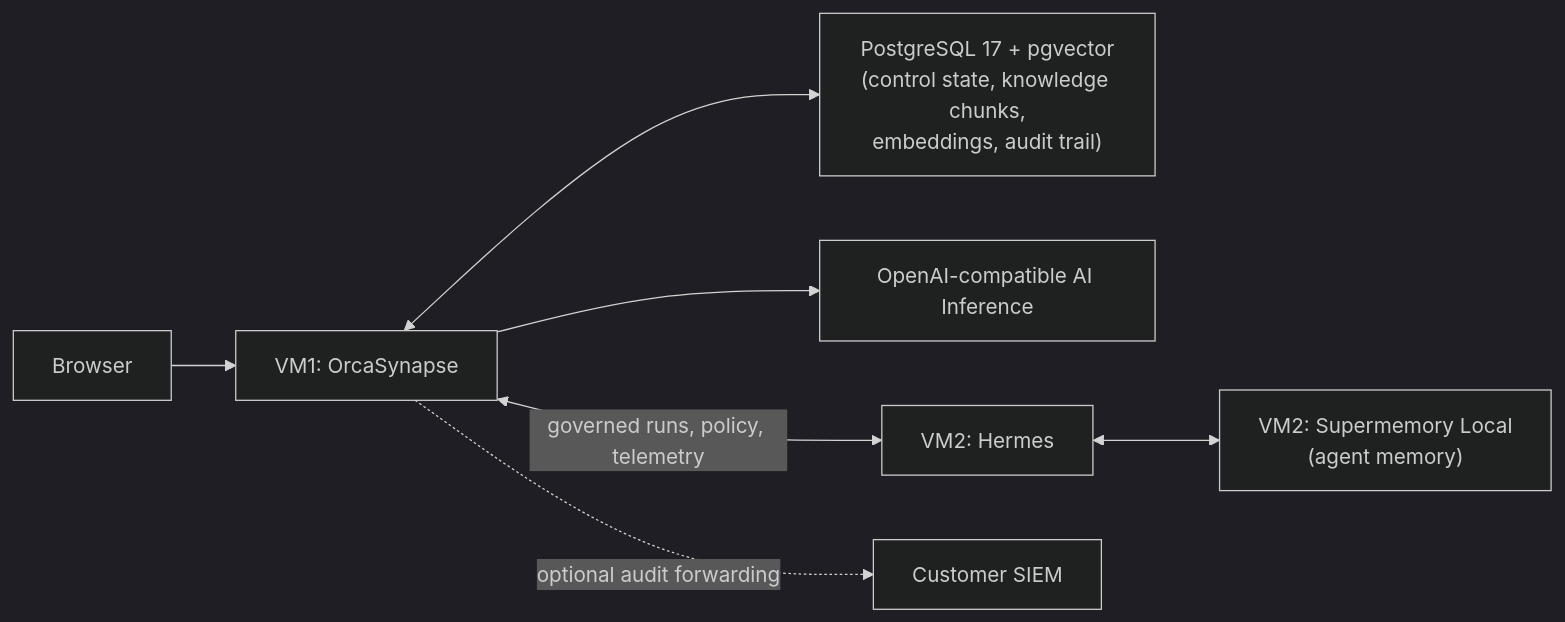
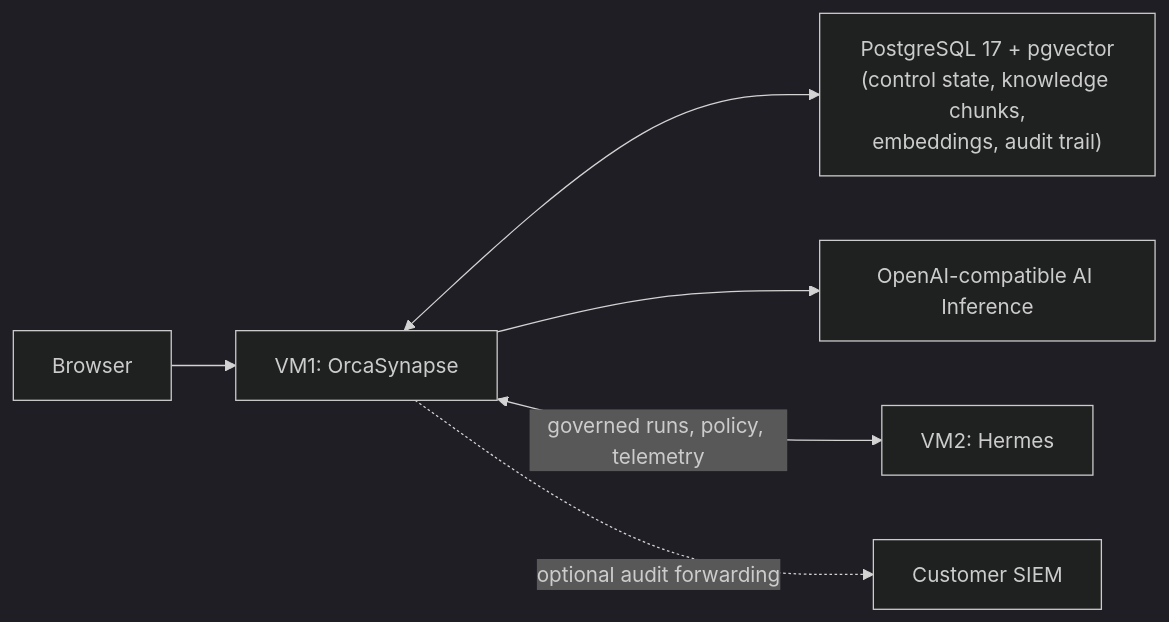
The diagram in docs/CURRENT_STATE_HANDOFF.md (multichainerz/AI), drawn with Mermaid (dark theme) before and after one commit. The commit also changed other lines of this file and 59 other files, not shown here.

````diff
--- a/docs/CURRENT_STATE_HANDOFF.md
+++ b/docs/CURRENT_STATE_HANDOFF.md
@@ -47,9 +47,8 @@
 ```mermaid
 flowchart LR
   Browser["Browser"] --> VM1["VM1: OrcaSynapse"]
   VM1 <--> PostgreSQL["PostgreSQL 17 + pgvector<br/>(control state, knowledge chunks,<br/>embeddings, audit trail)"]
   VM1 --> Inference["OpenAI-compatible AI Inference"]
   VM1 <-->|"governed runs, policy, telemetry"| Hermes["VM2: Hermes"]
-  Hermes <--> Memory["VM2: Supermemory Local<br/>(agent memory)"]
   VM1 -.->|"optional audit forwarding"| SIEM["Customer SIEM"]
 ```
````
